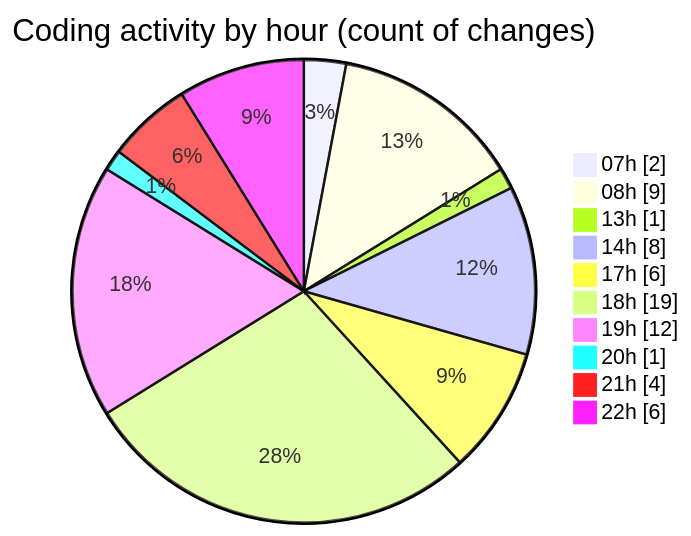
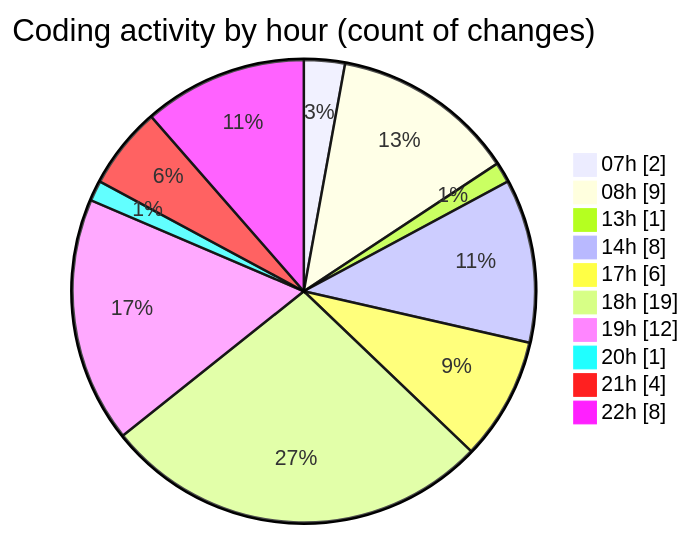
One commit to Elitesun/code-tracking changed the second of 2 diagrams in 2025-05-14/niten/README.md. Above: the diagram before and after it, drawn with Mermaid. The commit also changed other lines of this file and 1 other file, not shown here.

````diff
--- a/2025-05-14/niten/README.md
+++ b/2025-05-14/niten/README.md
@@ -45,14 +45,14 @@
 ```mermaid
 pie showData
 title Coding activity by hour (count of changes)
 "07h" : 2
 "08h" : 9
 "13h" : 1
 "14h" : 8
 "17h" : 6
 "18h" : 19
 "19h" : 12
 "20h" : 1
 "21h" : 4
-"22h" : 6
+"22h" : 8
 ```
````
